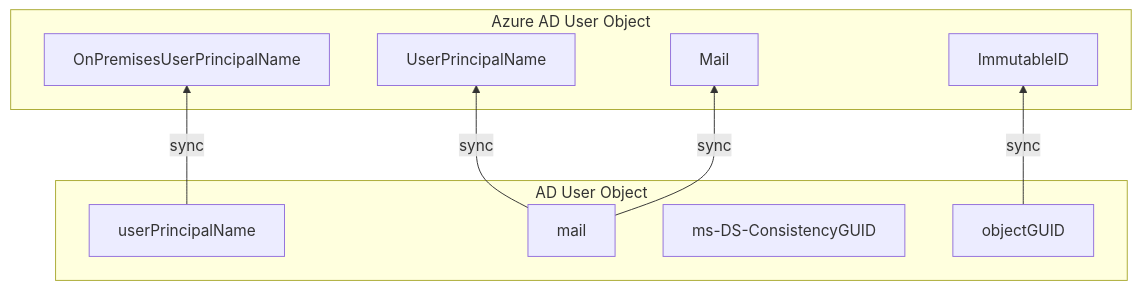
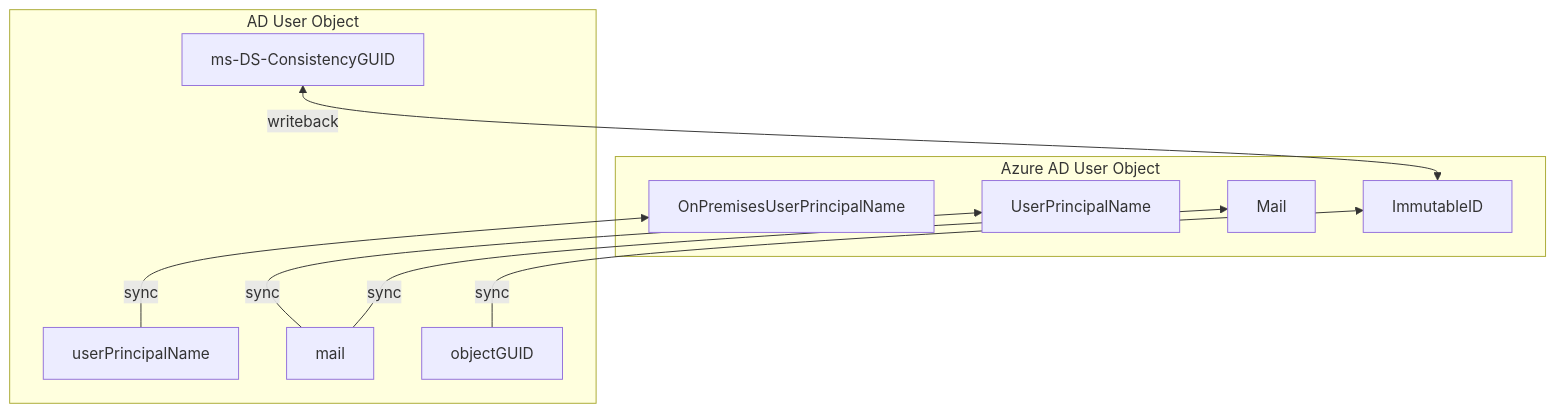
The diagram in doc/AAD-CertificateBasedAuthentication-DODPKI.md (amasse3/AzureAD-Baseline-MLZ), drawn with Mermaid before and after one commit. The commit also changed other lines of this file, not shown here.

Commit message:
fix ImmutableID

`````diff
--- a/doc/AAD-CertificateBasedAuthentication-DODPKI.md
+++ b/doc/AAD-CertificateBasedAuthentication-DODPKI.md
@@ -28,19 +28,20 @@
 ````mermaid
 flowchart BT
     subgraph Azure AD User Object
     UserPrincipalName
     OnPremisesUserPrincipalName
     Mail
     ImmutableID
     end
     subgraph AD User Object
     userPrincipalName
     mail
     ms-DS-ConsistencyGUID
     objectGUID
     end
     userPrincipalName-->|sync|OnPremisesUserPrincipalName
     mail-->|sync|UserPrincipalName
     mail-->|sync|Mail
     objectGUID-->|sync|ImmutableID
+    ImmutableID<-->|writeback|ms-DS-ConsistencyGUID
 ````
`````
